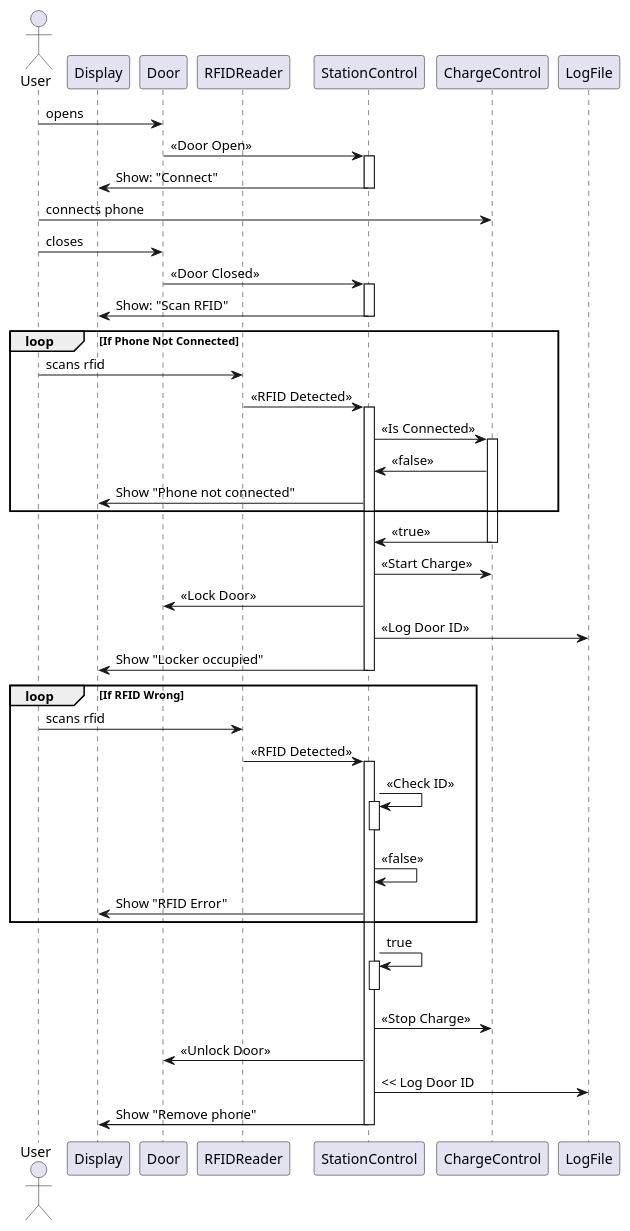
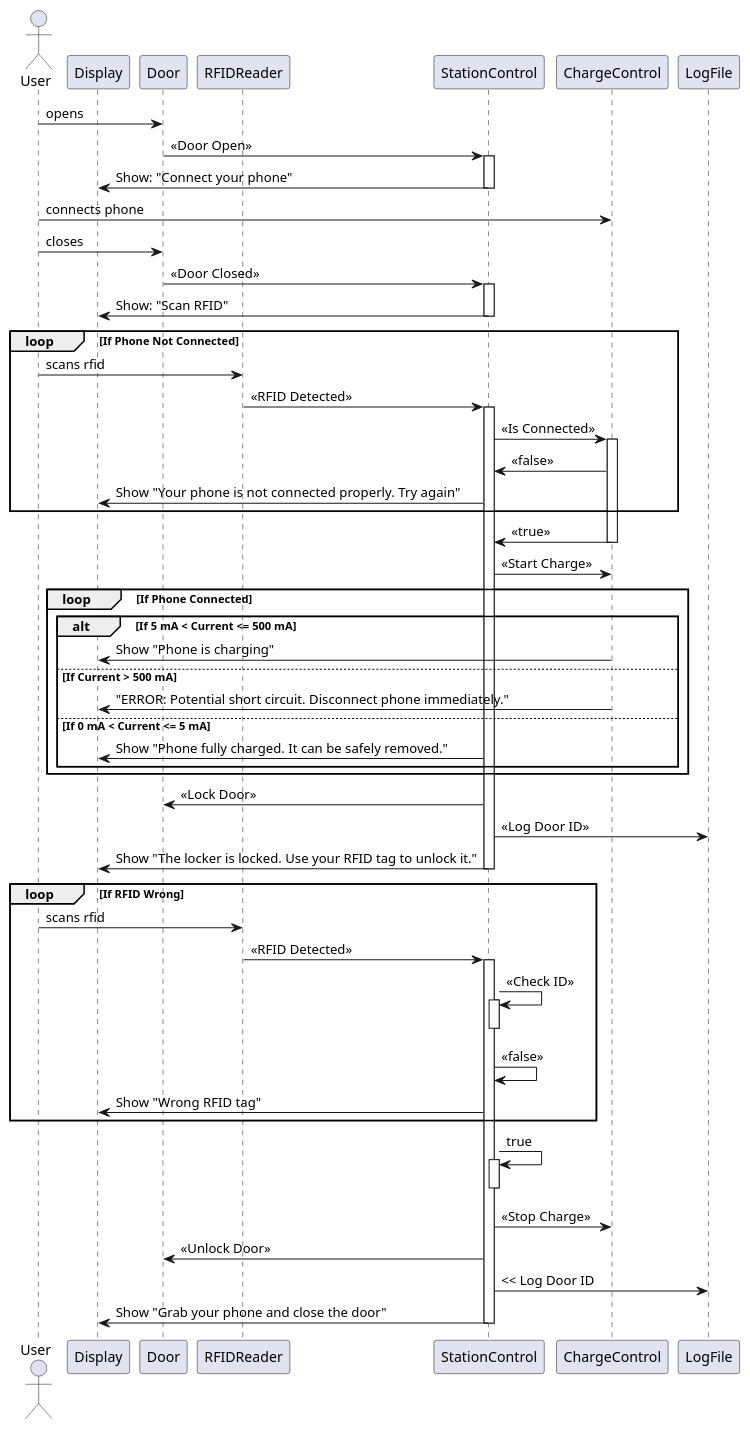
The diagram in Diagrams/SequenceDiagram.wsd (KunJakob/SWT-PhoneCharger), drawn with PlantUML before and after one commit. The commit also changed 1 other file, not shown here.

Commit message:
Final sequence diagram

```diff
--- a/Diagrams/SequenceDiagram.wsd
+++ b/Diagrams/SequenceDiagram.wsd
@@ -1,90 +1,100 @@
 @startuml
 
 actor       User   
 participant Display 
 participant Door
 participant RFIDReader
 participant StationControl
 participant ChargeControl
 participant LogFile
 
 User -> Door : opens 
 
 Door -> StationControl : << Door Open >>
 activate StationControl
 
-StationControl -> Display : Show: "Connect"
+StationControl -> Display : Show: "Connect your phone"
 deactivate StationControl
 
 User -> ChargeControl : connects phone
 
 User -> Door : closes
 
 
 Door -> StationControl : << Door Closed >>
 activate StationControl
 
 StationControl -> Display : Show: "Scan RFID"
 deactivate StationControl
 
    loop If Phone Not Connected
 
     User -> RFIDReader : scans rfid
 
     RFIDReader -> StationControl : << RFID Detected >>
     activate StationControl
 
     StationControl -> ChargeControl : << Is Connected >>
     activate ChargeControl
 
     ChargeControl -> StationControl : << false >>
 
-    StationControl -> Display : Show "Phone not connected"
+    StationControl -> Display : Show "Your phone is not connected properly. Try again"
 
     end
 
     ChargeControl -> StationControl : << true >>
     deactivate ChargeControl
 
     StationControl -> ChargeControl : << Start Charge >>
-    
+  loop If Phone Connected
+    alt If 5 mA < Current <= 500 mA  
+      ChargeControl -> Display : Show "Phone is charging"
+    else If Current > 500 mA
+      ChargeControl -> Display : "ERROR: Potential short circuit. Disconnect phone immediately."
+    else If 0 mA < Current <= 5 mA
+      StationControl -> Display : Show "Phone fully charged. It can be safely removed."
+    end 
+  end
     StationControl -> Door : << Lock Door >>
 
     StationControl -> LogFile : << Log Door ID >>
 
-    StationControl -> Display : Show "Locker occupied"
+    StationControl -> Display : Show "The locker is locked. Use your RFID tag to unlock it."
     deactivate StationControl
 
   loop If RFID Wrong    
 
     User -> RFIDReader : scans rfid
 
     RFIDReader -> StationControl : << RFID Detected >>
     activate StationControl
 
     
     StationControl -> StationControl : << Check ID >>
     activate StationControl
     
 
     deactivate StationControl
     StationControl -> StationControl : << false >>
 
-    StationControl -> Display : Show "RFID Error"
+    StationControl -> Display : Show "Wrong RFID tag"
    end
 
     StationControl -> StationControl : true
     activate StationControl
     
 
     deactivate StationControl
+
+ 
     StationControl -> ChargeControl : << Stop Charge >>
 
     StationControl -> Door : << Unlock Door >>
 
     StationControl -> LogFile : << Log Door ID
 
-    StationControl -> Display : Show "Remove phone"
-
+    StationControl -> Display : Show "Grab your phone and close the door"
+    
     deactivate StationControl
 @enduml
```
